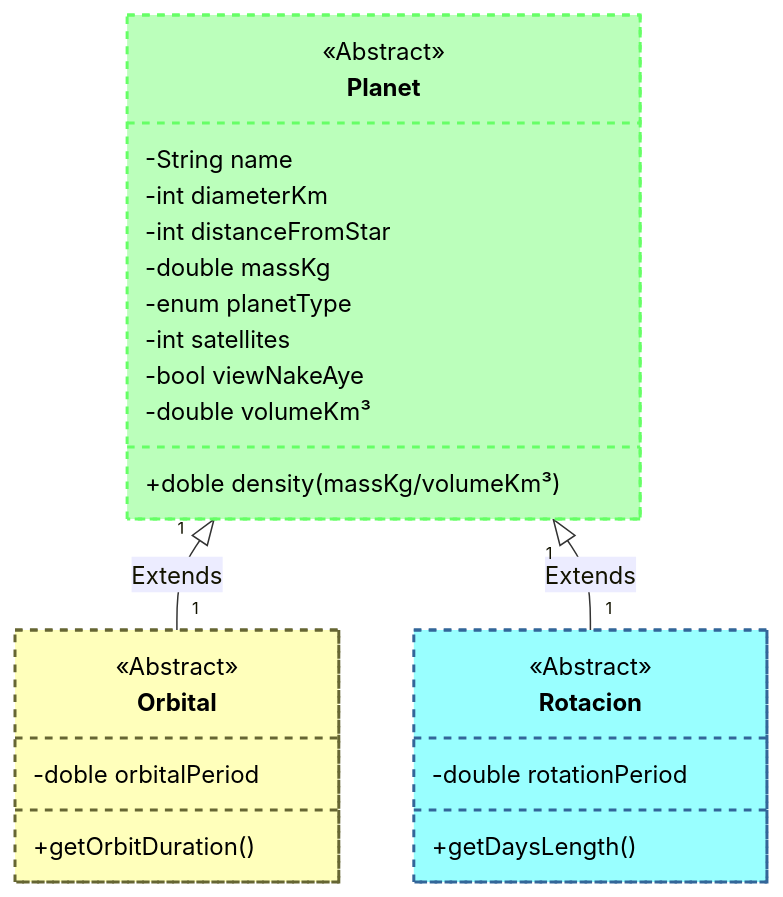
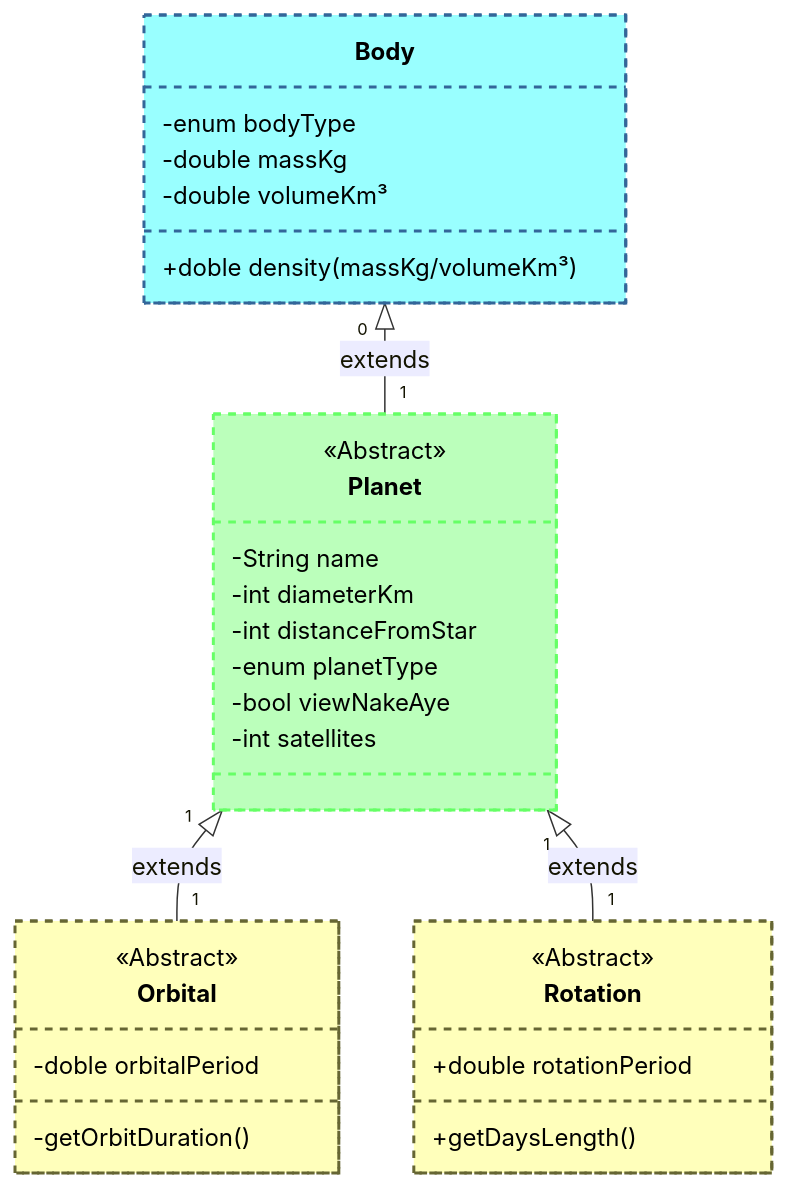
The diagram in README.md (ofiucoder/My_PlanetAbstractClass), drawn with Mermaid before and after one commit. The commit also changed 2 other files, not shown here.

Commit message:
feat: [dev] abstract Body

````diff
--- a/README.md
+++ b/README.md
@@ -5,37 +5,42 @@
 ```mermaid
 classDiagram
+    class Body {
+        -enum bodyType
+        -double massKg
+        -double volumeKm³
+        +doble density(massKg/volumeKm³)
+
+    }
     class Planet {
         <<Abstract>>
         -String name
         -int diameterKm
         -int distanceFromStar
-        -double massKg
         -enum planetType
+        -bool viewNakeAye
         -int satellites
-        -bool viewNakeAye
-        -double volumeKm³
-        +doble density(massKg/volumeKm³)
     }
 
     class Orbital {
         <<Abstract>>
       -doble orbitalPeriod
-      +getOrbitDuration()
+      -getOrbitDuration()
     }
 
-    class Rotacion {
+    class Rotation {
         <<Abstract>>
-      -double rotationPeriod
+      +double rotationPeriod
       +getDaysLength()    
     }
 
-
-    Planet"1" <|-- "1" Orbital : Extends
-    Planet"1" <|-- "1" Rotacion : Extends
+    Body   "0"<|-- "1" Planet : extends
+    Planet"1" <|-- "1" Orbital : extends
+    Planet"1" <|-- "1" Rotation : extends
     
+    style Body fill:#9ff,stroke:#369,stroke-width:2px,color:#000,stroke-dasharray: 5 5
     style Planet fill:#bfb,stroke:#6f6,stroke-width:2px,color:#000,stroke-dasharray: 5 5
-    style Rotacion fill:#9ff,stroke:#369,stroke-width:2px,color:#000,stroke-dasharray: 5 5
     style Orbital fill:#ffb,stroke:#663,stroke-width:2px,color:#000,stroke-dasharray: 5 5
+    style Rotation fill:#ffb,stroke:#663,stroke-width:2px,color:#000,stroke-dasharray: 5 5
 
 
 ```
````
